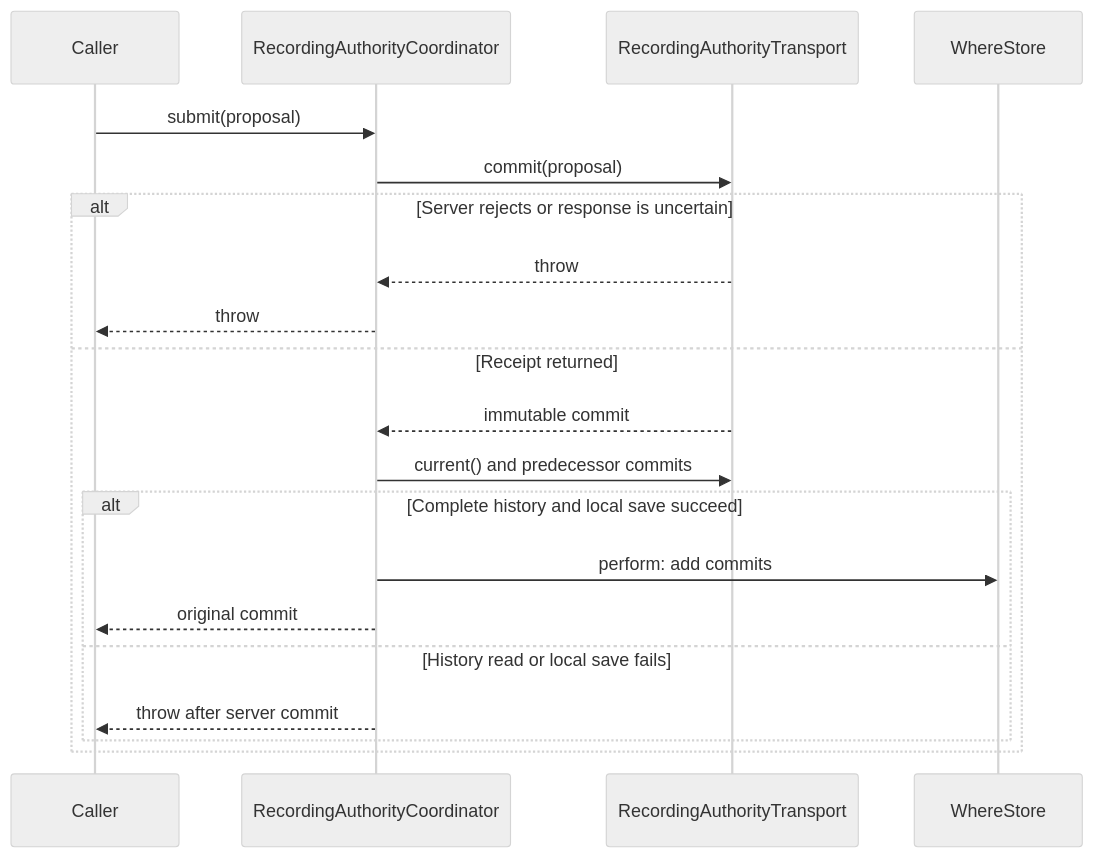
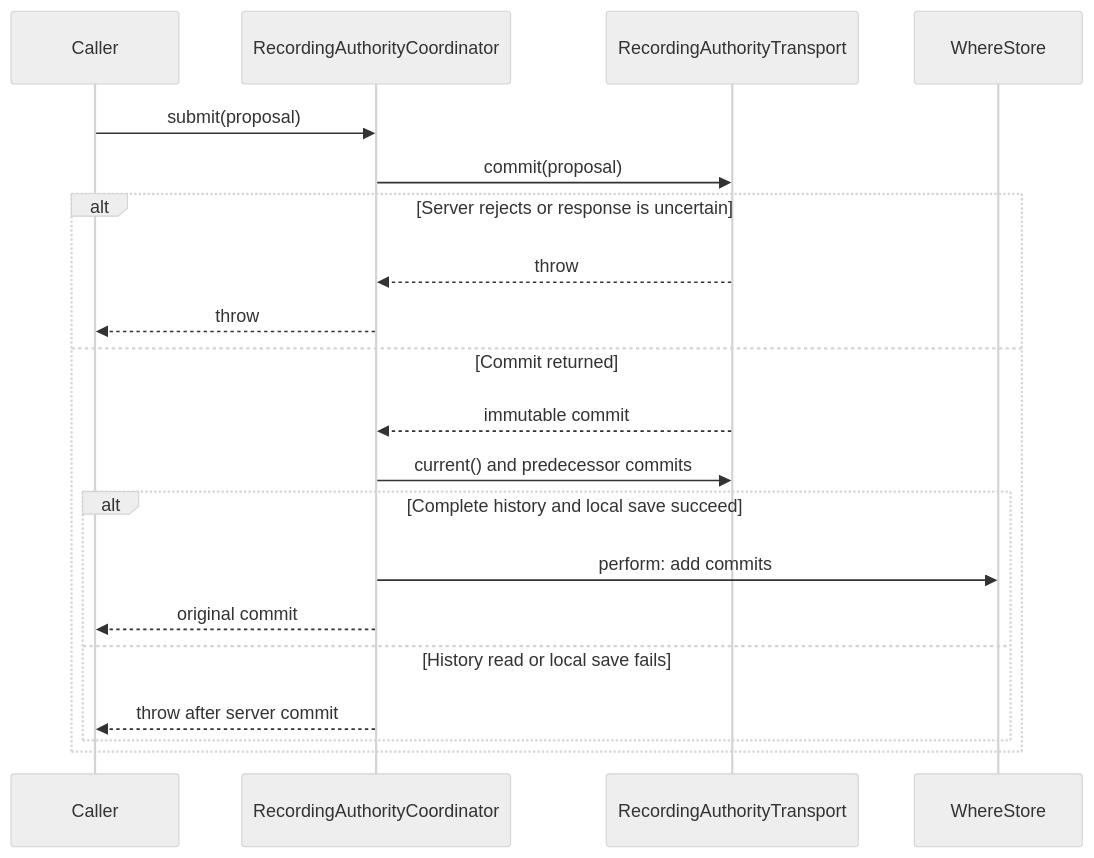
Before and after one commit to kyleve/Stuff: the diagram in Where/WhereCore/RECORDING_AUTHORITY.md, drawn with Mermaid (neutral theme). The commit also changed other lines of this file and 2 other files, not shown here.

````diff
--- a/Where/WhereCore/RECORDING_AUTHORITY.md
+++ b/Where/WhereCore/RECORDING_AUTHORITY.md
@@ -80,22 +103,22 @@
 ```mermaid
 sequenceDiagram
     participant Caller
     participant Coordinator as RecordingAuthorityCoordinator
     participant Transport as RecordingAuthorityTransport
     participant Store as WhereStore
     Caller->>Coordinator: submit(proposal)
     Coordinator->>Transport: commit(proposal)
     alt Server rejects or response is uncertain
         Transport-->>Coordinator: throw
         Coordinator-->>Caller: throw
-    else Receipt returned
+    else Commit returned
         Transport-->>Coordinator: immutable commit
         Coordinator->>Transport: current() and predecessor commits
         alt Complete history and local save succeed
             Coordinator->>Store: perform: add commits
             Coordinator-->>Caller: original commit
         else History read or local save fails
             Coordinator-->>Caller: throw after server commit
         end
     end
 ```
````
